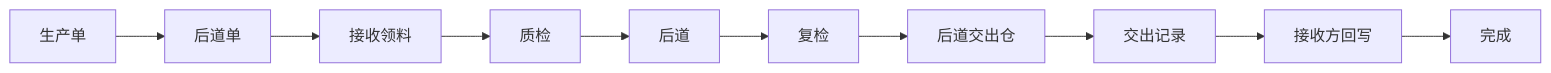
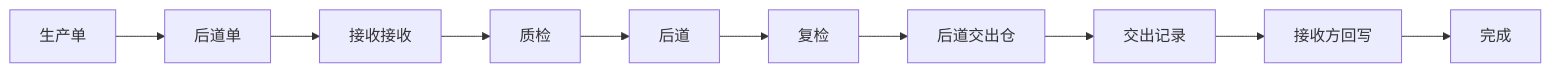
The third of 8 diagrams in docs/fcs-post-finishing-and-craft-tabs.md (laoertongxue/higoods), drawn with Mermaid before and after one commit. The commit also changed other lines of this file and 312 other files, not shown here.

````diff
--- a/docs/fcs-post-finishing-and-craft-tabs.md
+++ b/docs/fcs-post-finishing-and-craft-tabs.md
@@ -32,12 +32,12 @@
 ```mermaid
 flowchart LR
   A[生产单] --> B[后道单]
-  B --> C[接收领料]
+  B --> C[接收接收]
   C --> D[质检]
   D --> E[后道]
   E --> F[复检]
   F --> G[后道交出仓]
   G --> H[交出记录]
   H --> I[接收方回写]
   I --> J[完成]
 ```
````
